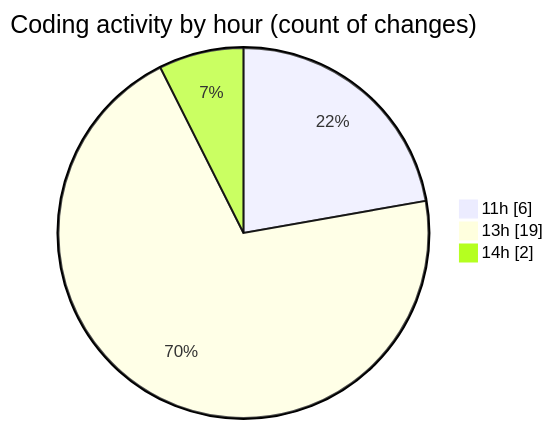
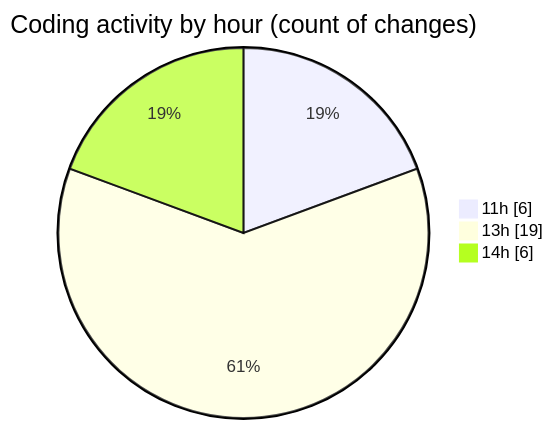
The second of 2 diagrams in 2025-04-24/enre_-_calculadora_de_consumo_v_2022_files/README.md (LanceThiago/code-tracking), drawn with Mermaid before and after one commit. The commit also changed other lines of this file and 1 other file, not shown here.

````diff
--- a/2025-04-24/enre_-_calculadora_de_consumo_v_2022_files/README.md
+++ b/2025-04-24/enre_-_calculadora_de_consumo_v_2022_files/README.md
@@ -32,7 +34,7 @@
 ```mermaid
 pie showData
 title Coding activity by hour (count of changes)
 "11h" : 6
 "13h" : 19
-"14h" : 2
+"14h" : 6
 ```
````
